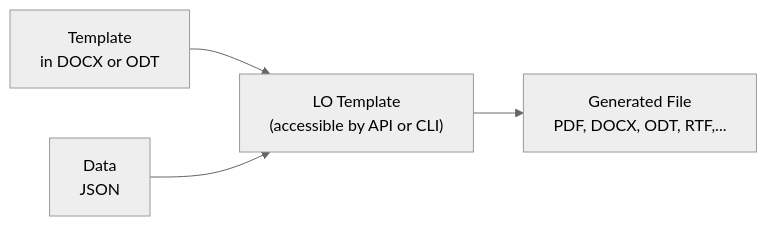
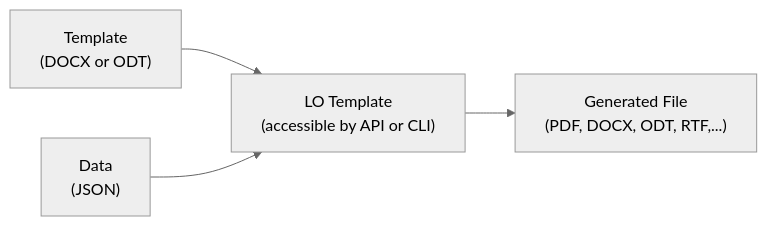
One commit to Probesys/lotemplate changed the diagram in README.md. Above: the diagram before and after it, drawn with Mermaid (neutral theme).

Commit message:
better schema

````diff
--- a/README.md
+++ b/README.md
@@ -6,11 +6,11 @@
 ```mermaid
 flowchart LR
-    template[Template<br/>in DOCX or ODT]
-    json[Data<br/>JSON]
+    template["Template<br/>(DOCX or ODT)"]
+    json["Data<br/>(JSON)"]
     lotemplate["LO Template<br/>(accessible by API or CLI)"]
-    generatedFile[Generated File<br/>PDF, DOCX, ODT, RTF,...]
+    generatedFile["Generated File<br/>(PDF, DOCX, ODT, RTF,...)"]
     
     template --> lotemplate
     json --> lotemplate
     lotemplate --> generatedFile
 ```
````
